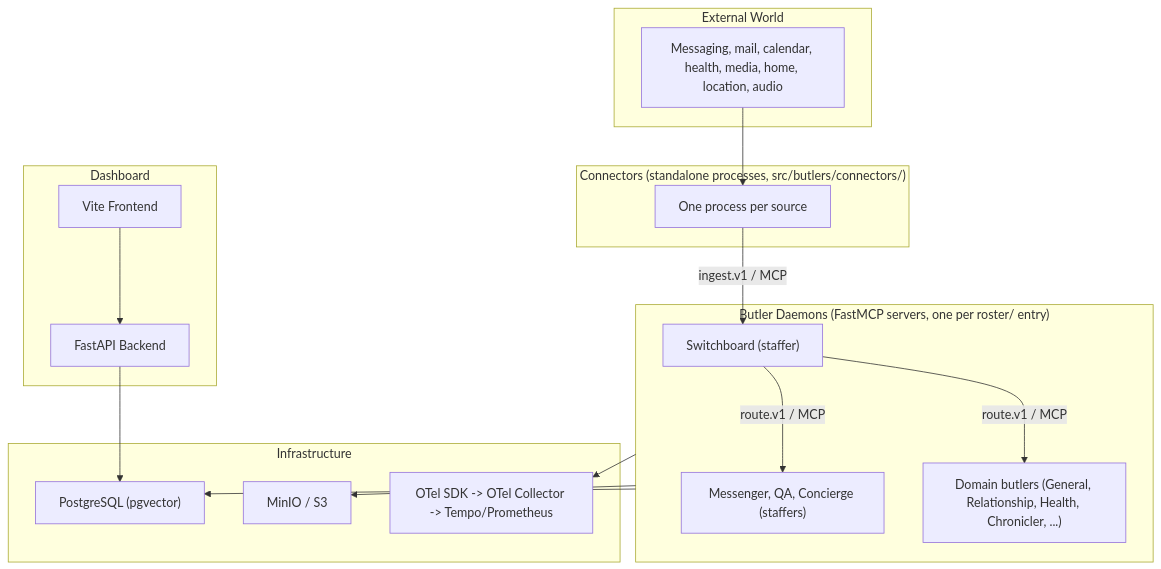
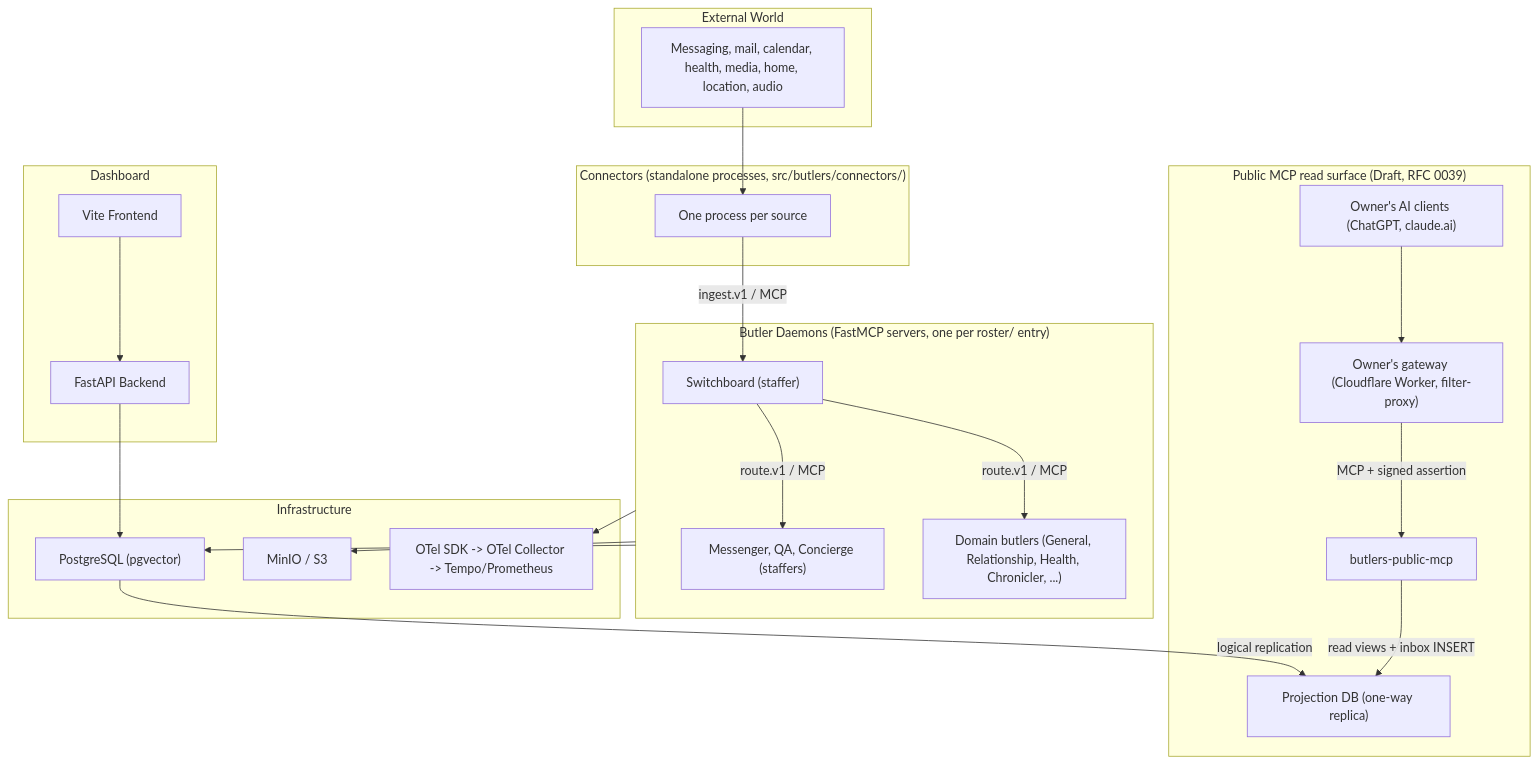
One commit to tzeusy-org/butlers changed the diagram in about/lay-and-land/components.md. Above: the diagram before and after it, drawn with Mermaid. The commit also changed other lines of this file and 34 other files, not shown here.

First line of the commit message:
docs: RFC 0039 public MCP read surface, doctrine exception and spec delta

````diff
--- a/about/lay-and-land/components.md
+++ b/about/lay-and-land/components.md
@@ -12,38 +12,50 @@
 ```mermaid
 graph TB
     subgraph External["External World"]
         Ext["Messaging, mail, calendar, health, media, home, location, audio"]
     end
 
     subgraph Connectors["Connectors (standalone processes, src/butlers/connectors/)"]
         Conn["One process per source"]
     end
 
     subgraph Core["Butler Daemons (FastMCP servers, one per roster/ entry)"]
         SW["Switchboard (staffer)"]
         Staff["Messenger, QA, Concierge (staffers)"]
         Domain["Domain butlers (General, Relationship, Health, Chronicler, ...)"]
     end
 
     subgraph Infra["Infrastructure"]
         PG["PostgreSQL (pgvector)"]
         S3["MinIO / S3"]
         OTel["OTel SDK -> OTel Collector -> Tempo/Prometheus"]
     end
 
     subgraph UI["Dashboard"]
         API["FastAPI Backend"]
         Vite["Vite Frontend"]
     end
 
+    subgraph Public["Public MCP read surface (Draft, RFC 0039)"]
+        Clients["Owner's AI clients (ChatGPT, claude.ai)"]
+        GW["Owner's gateway (Cloudflare Worker, filter-proxy)"]
+        PubMCP["butlers-public-mcp"]
+        Proj["Projection DB (one-way replica)"]
+    end
+
     Ext --> Conn
     Conn -- "ingest.v1 / MCP" --> SW
     SW -- "route.v1 / MCP" --> Staff
     SW -- "route.v1 / MCP" --> Domain
 
     Core --> PG
     Core --> S3
     Core --> OTel
     API --> PG
     Vite --> API
+
+    Clients --> GW
+    GW -- "MCP + signed assertion" --> PubMCP
+    PubMCP -- "read views + inbox INSERT" --> Proj
+    PG -- "logical replication" --> Proj
 ```
````
